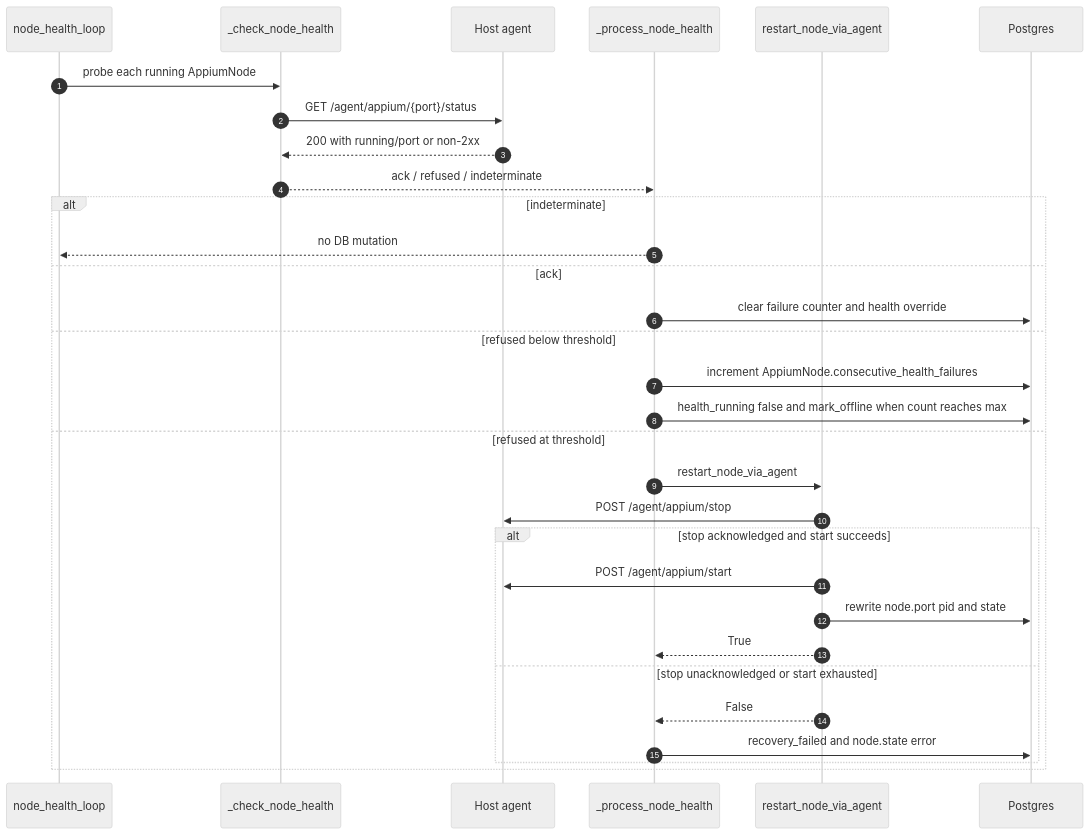
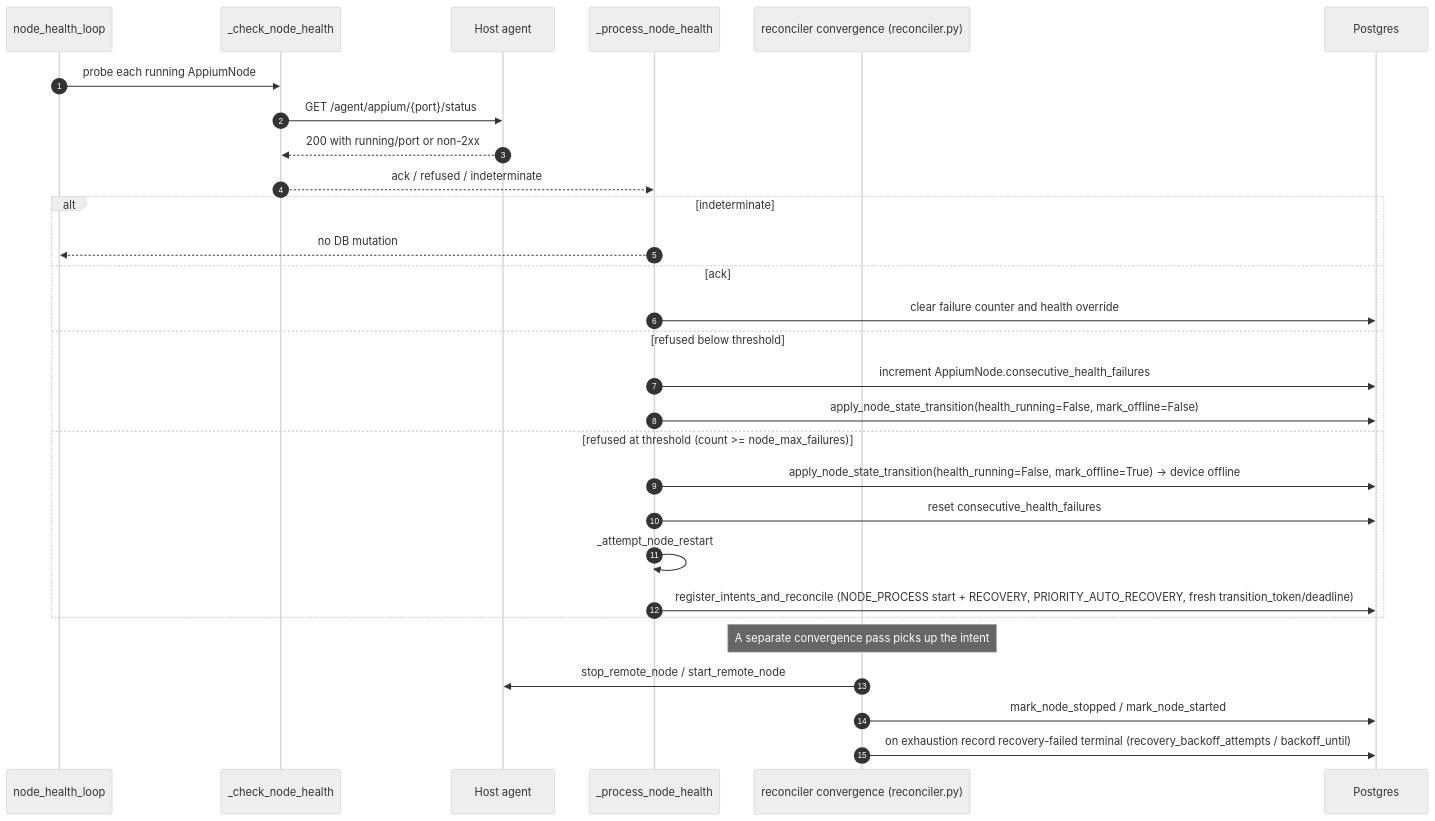
Before and after one commit to quidow/gridfleet: the fifth of 5 diagrams in docs/design/02-node-lifecycle.md, drawn with Mermaid (neutral theme). The commit also changed other lines of this file and 58 other files, not shown here.

````diff
--- a/docs/design/02-node-lifecycle.md
+++ b/docs/design/02-node-lifecycle.md
@@ -177,34 +188,32 @@
 ```mermaid
 sequenceDiagram
     autonumber
     participant L as node_health_loop
     participant Probe as _check_node_health
     participant Agent as Host agent
     participant Process as _process_node_health
-    participant Restart as restart_node_via_agent
+    participant Rec as reconciler convergence (reconciler.py)
     participant Pg as Postgres
 
     L->>Probe: probe each running AppiumNode
     Probe->>Agent: GET /agent/appium/{port}/status
     Agent-->>Probe: 200 with running/port or non-2xx
     Probe-->>Process: ack / refused / indeterminate
     alt indeterminate
         Process-->>L: no DB mutation
     else ack
         Process->>Pg: clear failure counter and health override
     else refused below threshold
         Process->>Pg: increment AppiumNode.consecutive_health_failures
-        Process->>Pg: health_running false and mark_offline when count reaches max
-    else refused at threshold
-        Process->>Restart: restart_node_via_agent
-        Restart->>Agent: POST /agent/appium/stop
-        alt stop acknowledged and start succeeds
-            Restart->>Agent: POST /agent/appium/start
-            Restart->>Pg: rewrite node.port pid and state
-            Restart-->>Process: True
-        else stop unacknowledged or start exhausted
-            Restart-->>Process: False
-            Process->>Pg: recovery_failed and node.state error
-        end
+        Process->>Pg: apply_node_state_transition(health_running=False, mark_offline=False)
+    else refused at threshold (count >= node_max_failures)
+        Process->>Pg: apply_node_state_transition(health_running=False, mark_offline=True) → device offline
+        Process->>Pg: reset consecutive_health_failures
+        Process->>Process: _attempt_node_restart
+        Process->>Pg: register_intents_and_reconcile (NODE_PROCESS start + RECOVERY, PRIORITY_AUTO_RECOVERY, fresh transition_token/deadline)
     end
+    Note over Rec: A separate convergence pass picks up the intent
+    Rec->>Agent: stop_remote_node / start_remote_node
+    Rec->>Pg: mark_node_stopped / mark_node_started
+    Rec->>Pg: on exhaustion record recovery-failed terminal (recovery_backoff_attempts / backoff_until)
 ```
````
